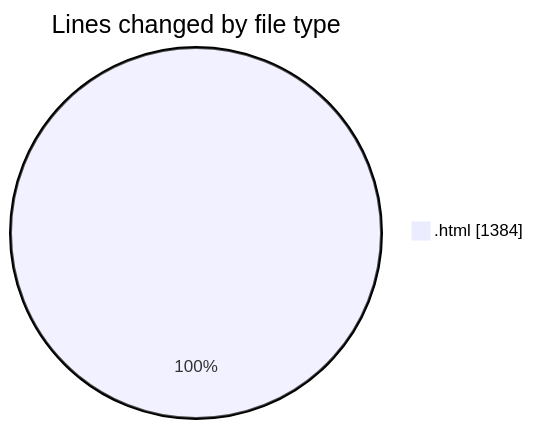
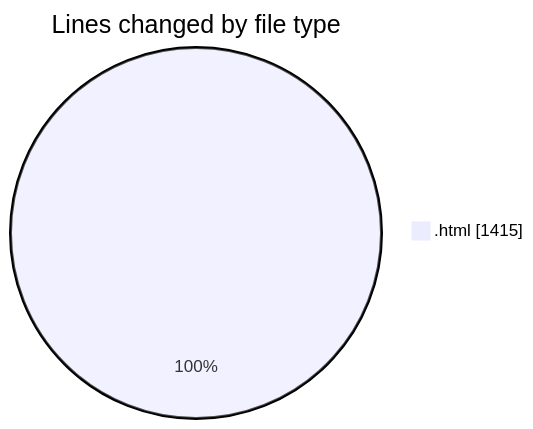
The first of 2 diagrams in 2025-05-23/projects/README.md (Ritupan-Deka/code-tracking), drawn with Mermaid before and after one commit. The commit also changed other lines of this file and 1 other file, not shown here.

````diff
--- a/2025-05-23/projects/README.md
+++ b/2025-05-23/projects/README.md
@@ -20,5 +20,5 @@
 ```mermaid
 pie showData
 title Lines changed by file type
-".html" : 1384
+".html" : 1415
 ```
````
